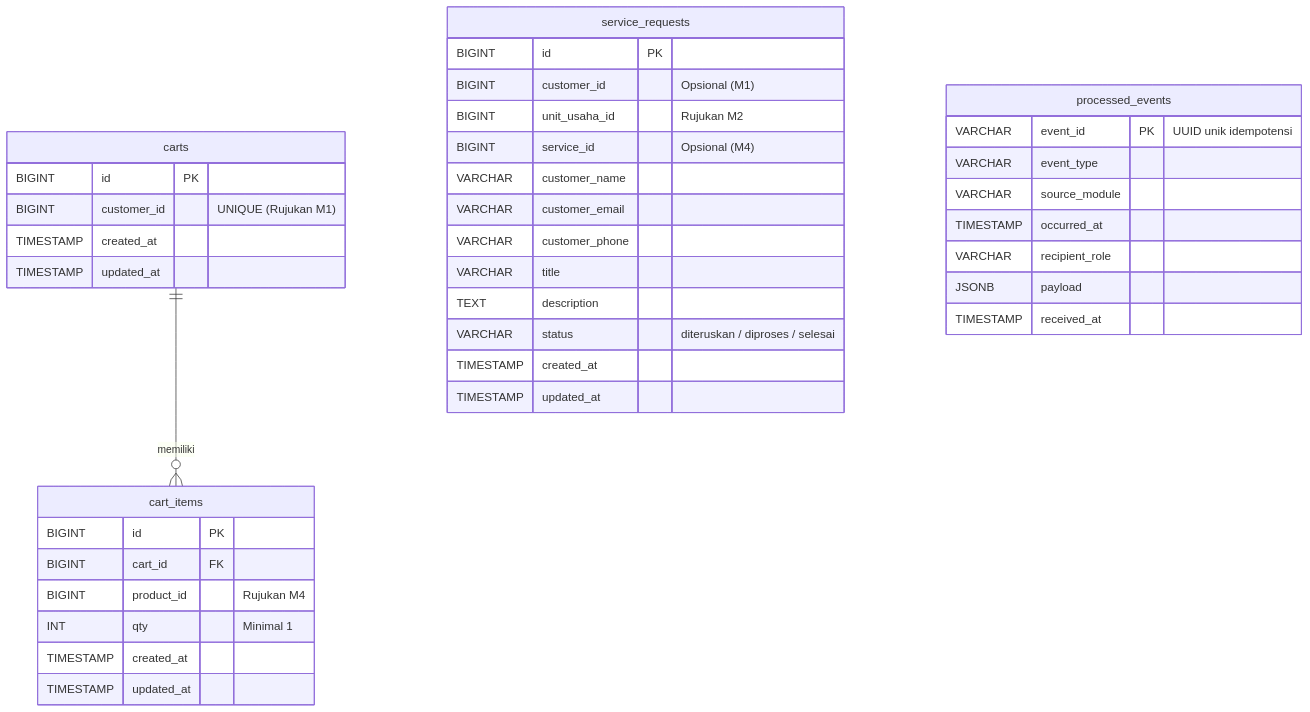
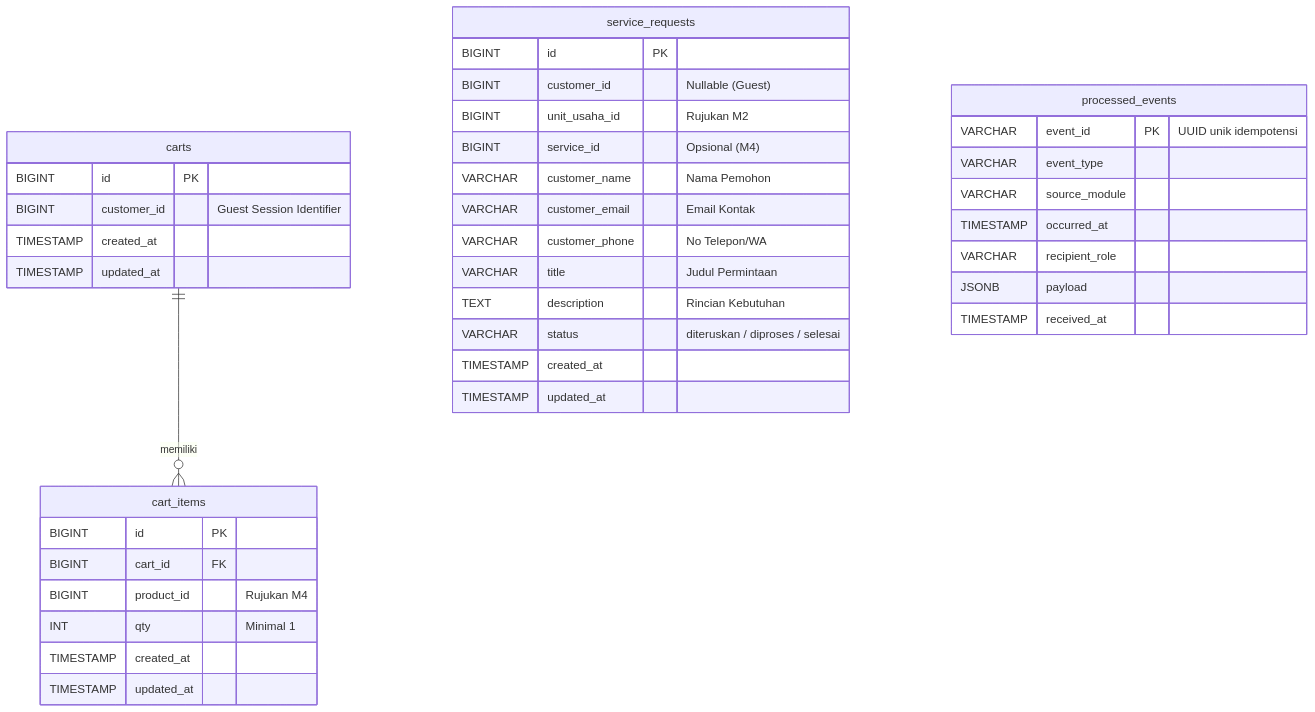
The second of 2 diagrams in docs/PRD_M5.md (emmirfahrezi/modul5ppl_BE), drawn with Mermaid before and after one commit. The commit also changed other lines of this file and 1 other file, not shown here.

Commit message:
docs: update PRD and task list to v1.2 reflecting Full Guest Checkout model

````diff
--- a/docs/PRD_M5.md
+++ b/docs/PRD_M5.md
@@ -212,45 +214,45 @@
 ```mermaid
 erDiagram
     carts ||--o{ cart_items : "memiliki"
 
     carts {
         BIGINT id PK
-        BIGINT customer_id "UNIQUE (Rujukan M1)"
+        BIGINT customer_id "Guest Session Identifier"
         TIMESTAMP created_at
         TIMESTAMP updated_at
     }
 
     cart_items {
         BIGINT id PK
         BIGINT cart_id FK
         BIGINT product_id "Rujukan M4"
         INT qty "Minimal 1"
         TIMESTAMP created_at
         TIMESTAMP updated_at
     }
 
     service_requests {
         BIGINT id PK
-        BIGINT customer_id "Opsional (M1)"
+        BIGINT customer_id "Nullable (Guest)"
         BIGINT unit_usaha_id "Rujukan M2"
         BIGINT service_id "Opsional (M4)"
-        VARCHAR customer_name
-        VARCHAR customer_email
-        VARCHAR customer_phone
-        VARCHAR title
-        TEXT description
+        VARCHAR customer_name "Nama Pemohon"
+        VARCHAR customer_email "Email Kontak"
+        VARCHAR customer_phone "No Telepon/WA"
+        VARCHAR title "Judul Permintaan"
+        TEXT description "Rincian Kebutuhan"
         VARCHAR status "diteruskan / diproses / selesai"
         TIMESTAMP created_at
         TIMESTAMP updated_at
     }
 
     processed_events {
         VARCHAR event_id PK "UUID unik idempotensi"
         VARCHAR event_type
         VARCHAR source_module
         TIMESTAMP occurred_at
         VARCHAR recipient_role
         JSONB payload
         TIMESTAMP received_at
     }
 ```
````
